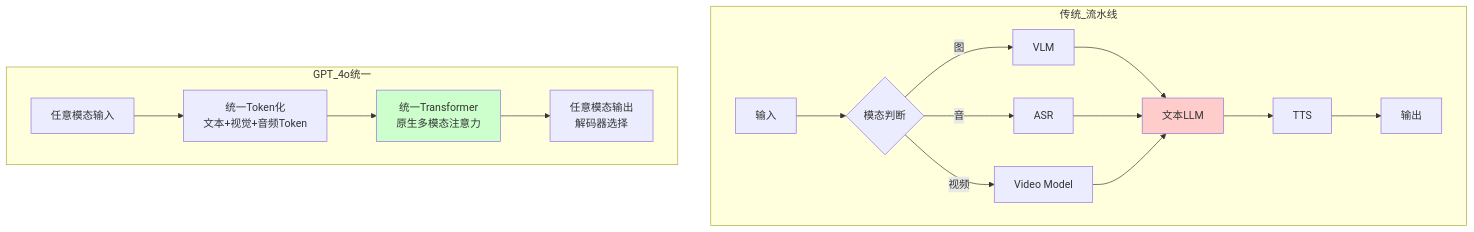
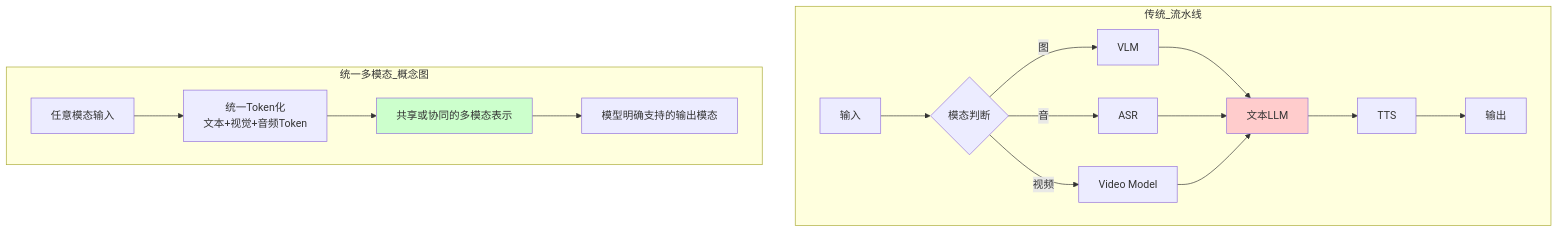
Before and after one commit to BeefWrap4/LLM-Knowledge-Base: diagram 11 of 13 in 21_多模态大模型.md, drawn with Mermaid. The commit also changed other lines of this file and 454 other files, not shown here.

````diff
--- a/21_多模态大模型.md
+++ b/21_多模态大模型.md
@@ -1476,23 +1366,23 @@
 ```mermaid
 flowchart TB
     subgraph 传统_流水线
         T_IN[输入] --> T_DISP{模态判断}
         T_DISP -->|图| T_VLM[VLM]
         T_DISP -->|音| T_ASR[ASR]
         T_DISP -->|视频| T_VID[Video Model]
         T_VLM --> T_LLM[文本LLM]
         T_ASR --> T_LLM
         T_VID --> T_LLM
         T_LLM --> T_TTS[TTS]
         T_TTS --> T_OUT[输出]
     end
 
-    subgraph GPT_4o统一
+    subgraph 统一多模态_概念图
         U_IN[任意模态输入] --> U_TOK[统一Token化<br/>文本+视觉+音频Token]
-        U_TOK --> U_LLM[统一Transformer<br/>原生多模态注意力]
-        U_LLM --> U_OUT[任意模态输出<br/>解码器选择]
+        U_TOK --> U_LLM[共享或协同的多模态表示]
+        U_LLM --> U_OUT[模型明确支持的输出模态]
     end
 
     style T_LLM fill:#ffcccc
     style U_LLM fill:#ccffcc
 ```
````
